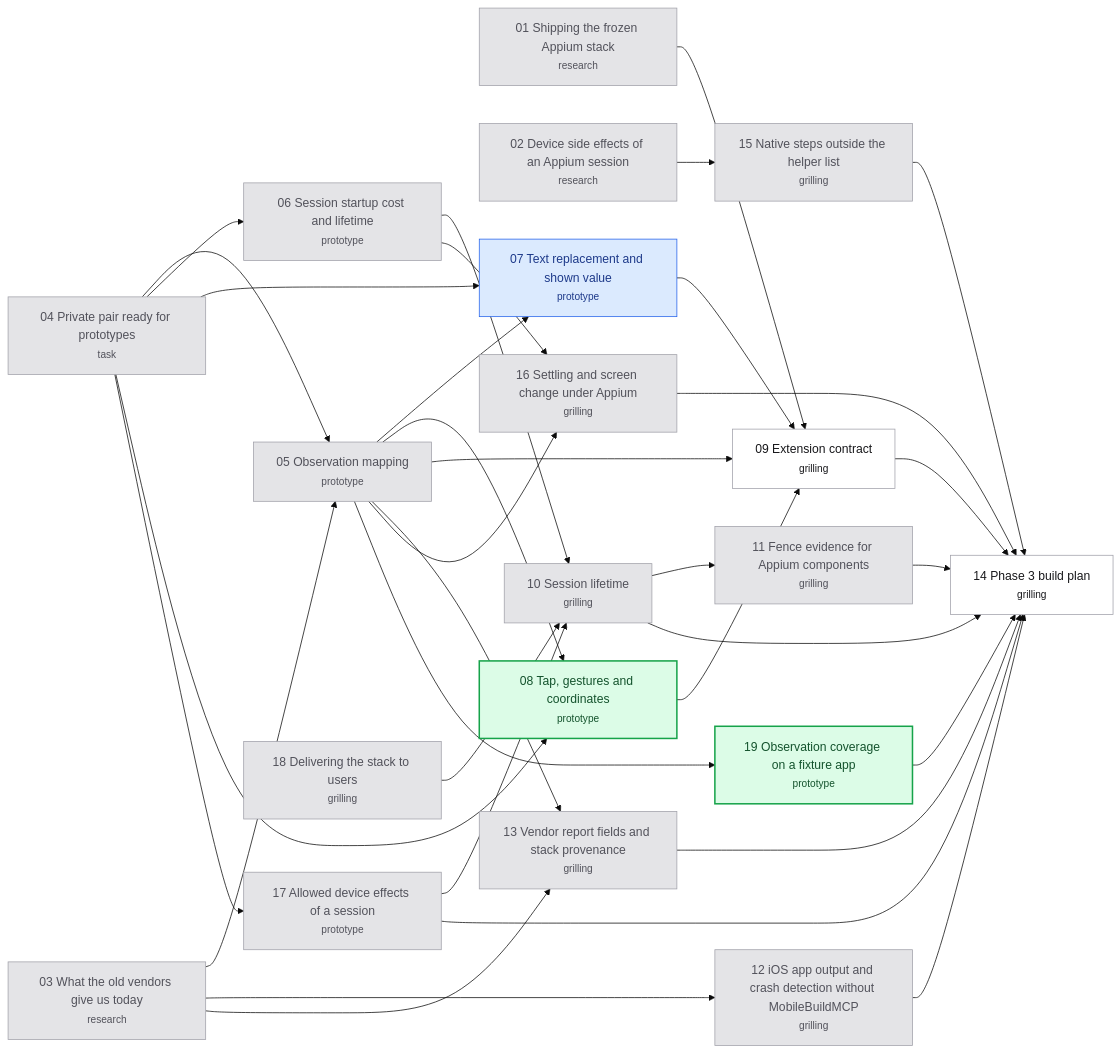
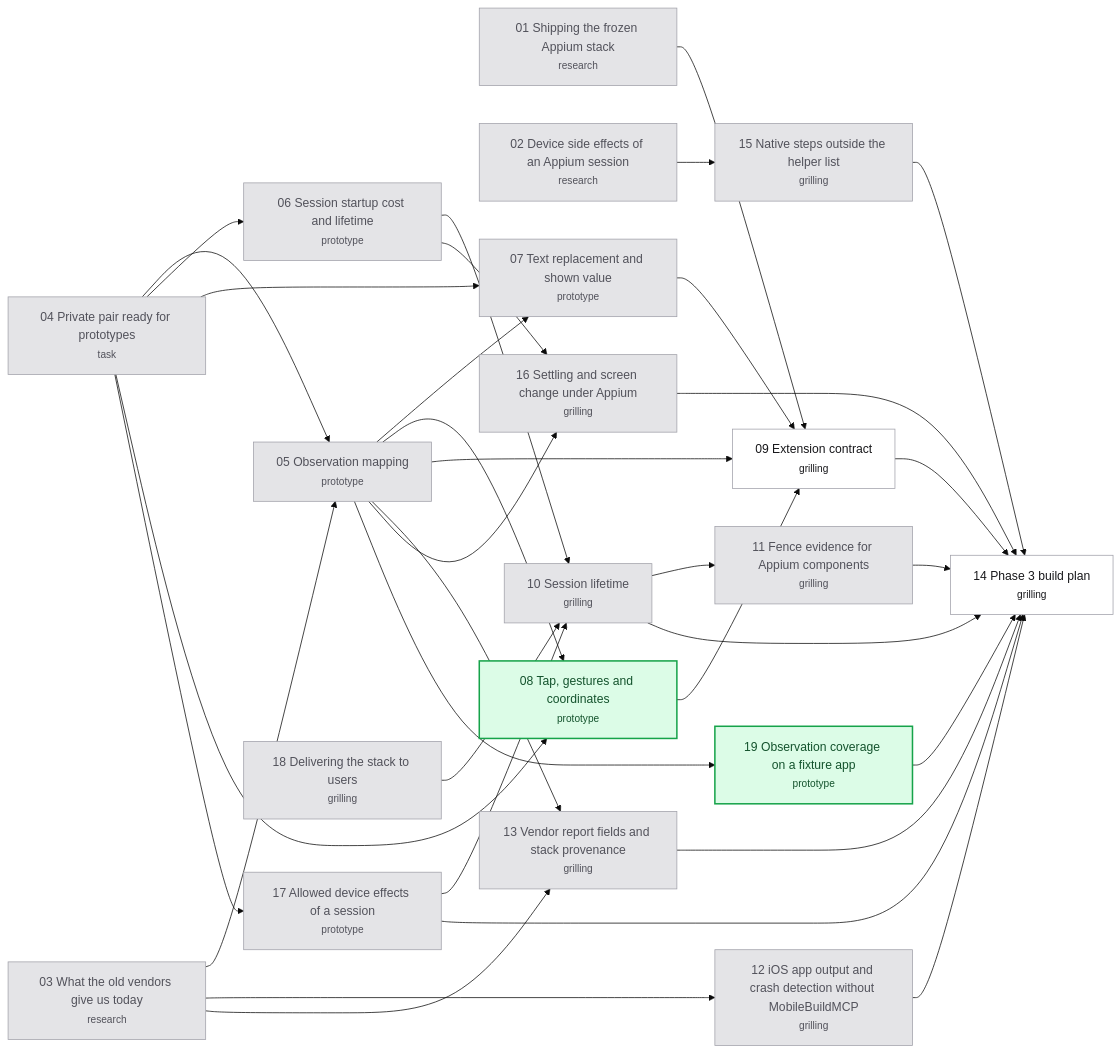
Before and after one commit to hugues-vnsgn/jev-ios-bridge: the diagram in .scratch/appium-phase3/map.md, drawn with Mermaid (base theme). The commit also changed other lines of this file and 3 other files, not shown here.

````diff
--- a/.scratch/appium-phase3/map.md
+++ b/.scratch/appium-phase3/map.md
@@ -86,62 +87,61 @@
 ```mermaid
 flowchart LR
     T01["01 Shipping the frozen Appium stack<br/><small>research</small>"]
     T02["02 Device side effects of an Appium session<br/><small>research</small>"]
     T03["03 What the old vendors give us today<br/><small>research</small>"]
     T04["04 Private pair ready for prototypes<br/><small>task</small>"]
     T05["05 Observation mapping<br/><small>prototype</small>"]
     T06["06 Session startup cost and lifetime<br/><small>prototype</small>"]
     T07["07 Text replacement and shown value<br/><small>prototype</small>"]
     T08["08 Tap, gestures and coordinates<br/><small>prototype</small>"]
     T09["09 Extension contract<br/><small>grilling</small>"]
     T10["10 Session lifetime<br/><small>grilling</small>"]
     T11["11 Fence evidence for Appium components<br/><small>grilling</small>"]
     T12["12 iOS app output and crash detection without MobileBuildMCP<br/><small>grilling</small>"]
     T13["13 Vendor report fields and stack provenance<br/><small>grilling</small>"]
     T14["14 Phase 3 build plan<br/><small>grilling</small>"]
     T15["15 Native steps outside the helper list<br/><small>grilling</small>"]
     T16["16 Settling and screen change under Appium<br/><small>grilling</small>"]
     T17["17 Allowed device effects of a session<br/><small>prototype</small>"]
     T18["18 Delivering the stack to users<br/><small>grilling</small>"]
     T19["19 Observation coverage on a fixture app<br/><small>prototype</small>"]
     T03 --> T05
     T04 --> T05
     T04 --> T06
     T04 --> T07
     T05 --> T07
     T04 --> T08
     T05 --> T08
     T01 --> T09
     T05 --> T09
     T07 --> T09
     T08 --> T09
     T06 --> T10
     T17 --> T10
     T18 --> T10
     T10 --> T11
     T03 --> T12
     T03 --> T13
     T05 --> T13
     T09 --> T14
     T10 --> T14
     T11 --> T14
     T12 --> T14
     T13 --> T14
     T15 --> T14
     T16 --> T14
     T17 --> T14
     T19 --> T14
     T02 --> T15
     T05 --> T16
     T06 --> T16
     T04 --> T17
     T05 --> T19
     classDef resolved fill:#e4e4e7,stroke:#a1a1aa,color:#52525b
     classDef claimed fill:#dbeafe,stroke:#2563eb,color:#1e3a8a
     classDef frontier fill:#dcfce7,stroke:#16a34a,color:#14532d,stroke-width:2px
     classDef blocked fill:#ffffff,stroke:#a1a1aa,color:#18181b
-    class T01,T02,T03,T04,T05,T06,T10,T11,T12,T13,T15,T16,T17,T18 resolved
-    class T07 claimed
+    class T01,T02,T03,T04,T05,T06,T07,T10,T11,T12,T13,T15,T16,T17,T18 resolved
     class T08,T19 frontier
     class T09,T14 blocked
 ```
````
